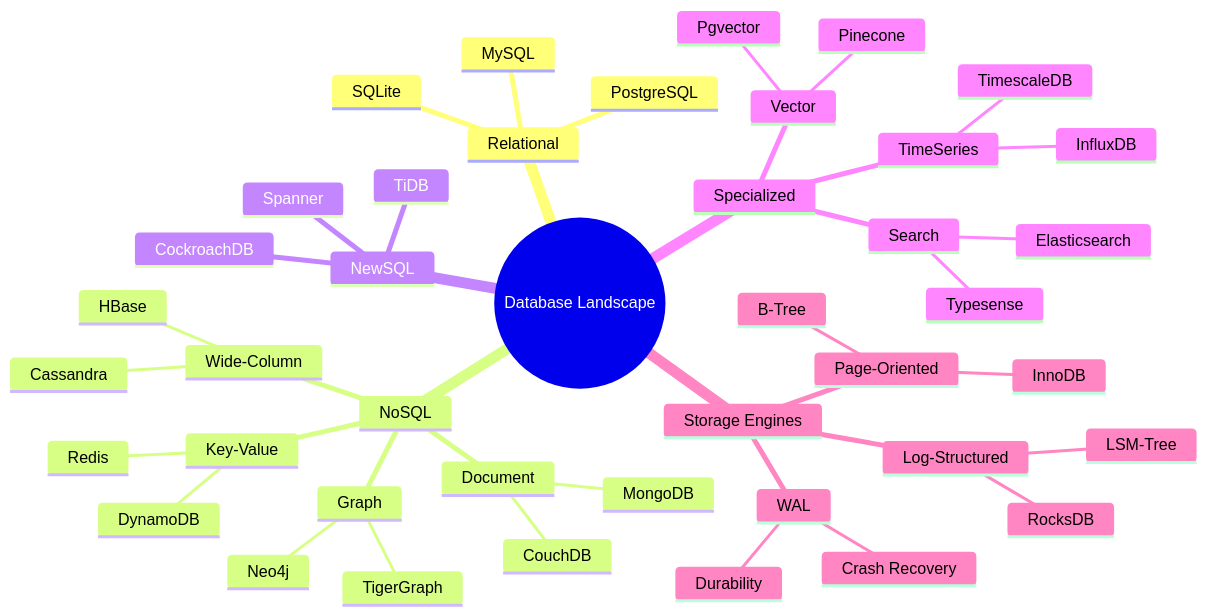
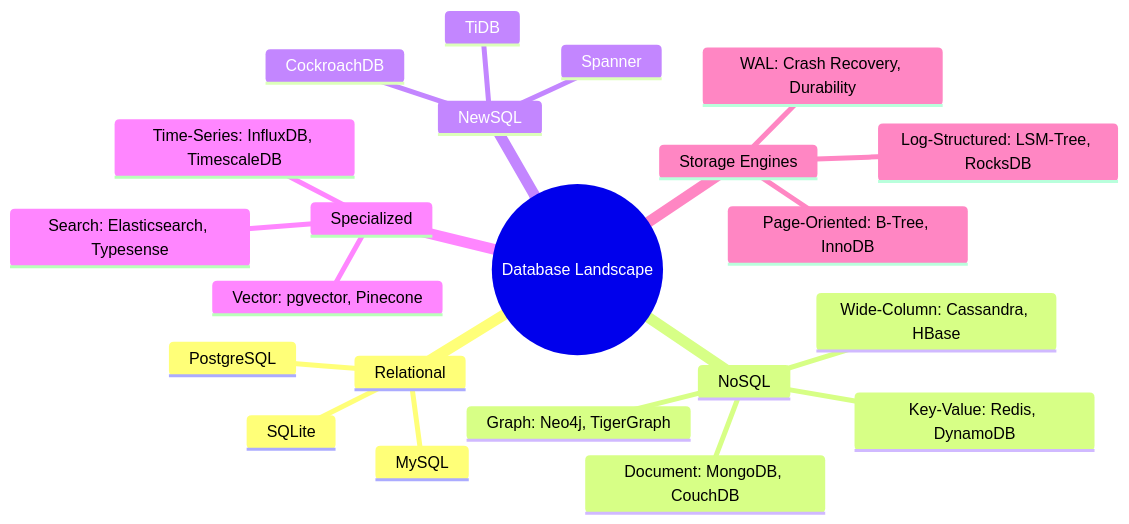
Before and after one commit to bachdx2812/dev-learning-hub: the first of 7 diagrams in database/part-1-foundations/ch01-database-landscape.md, drawn with Mermaid. The commit also changed other lines of this file and 15 other files, not shown here.

````diff
--- a/database/part-1-foundations/ch01-database-landscape.md
+++ b/database/part-1-foundations/ch01-database-landscape.md
@@ -12,45 +12,25 @@
 ```mermaid
 mindmap
   root((Database Landscape))
     Relational
       PostgreSQL
       MySQL
       SQLite
     NoSQL
-      Document
-        MongoDB
-        CouchDB
-      Key-Value
-        Redis
-        DynamoDB
-      Wide-Column
-        Cassandra
-        HBase
-      Graph
-        Neo4j
-        TigerGraph
+      Document: MongoDB, CouchDB
+      Key-Value: Redis, DynamoDB
+      Wide-Column: Cassandra, HBase
+      Graph: Neo4j, TigerGraph
     NewSQL
       CockroachDB
       Spanner
       TiDB
     Specialized
-      TimeSeries
-        InfluxDB
-        TimescaleDB
-      Search
-        Elasticsearch
-        Typesense
-      Vector
-        Pgvector
-        Pinecone
+      Time-Series: InfluxDB, TimescaleDB
+      Search: Elasticsearch, Typesense
+      Vector: pgvector, Pinecone
     Storage Engines
-      Page-Oriented
-        B-Tree
-        InnoDB
-      Log-Structured
-        LSM-Tree
-        RocksDB
-      WAL
-        Crash Recovery
-        Durability
+      Page-Oriented: B-Tree, InnoDB
+      Log-Structured: LSM-Tree, RocksDB
+      WAL: Crash Recovery, Durability
 ```
````
